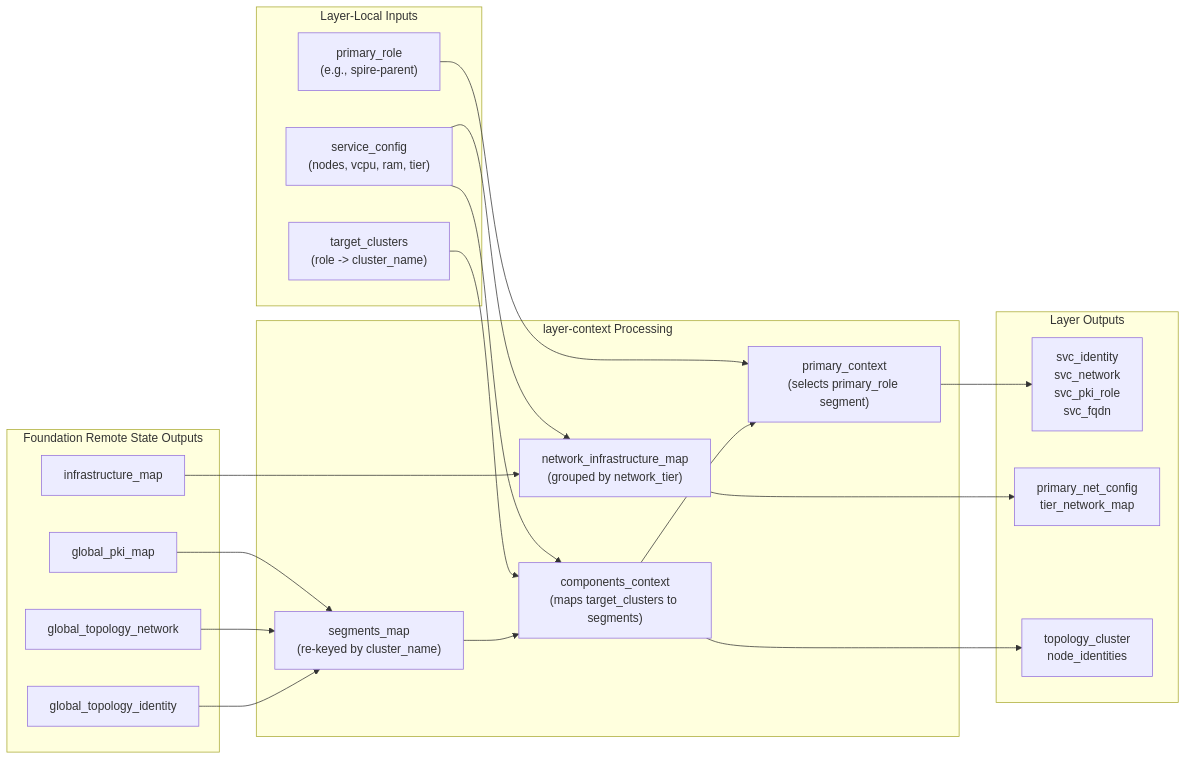
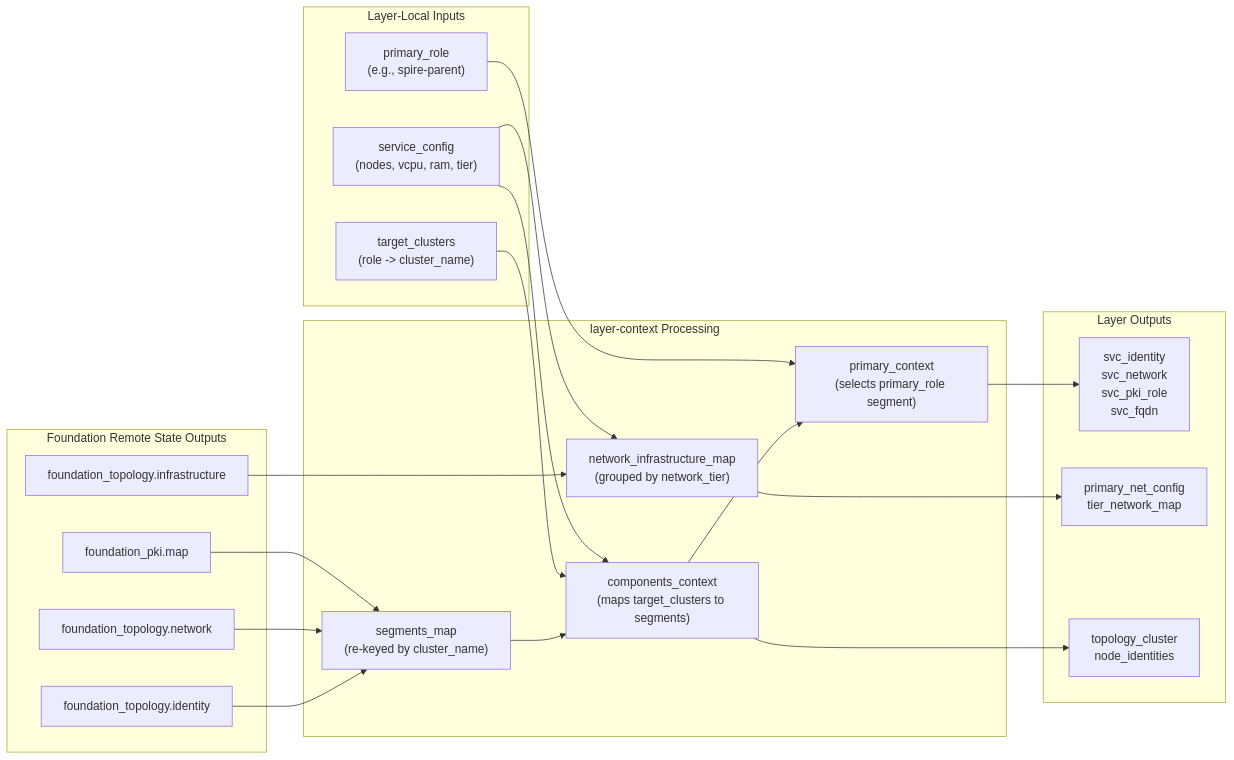
The second of 3 diagrams in documentation/architecture/kvm-provisioning-pipeline.md (csning1998/meta-platform), drawn with Mermaid before and after one commit. The commit also changed other lines of this file and 34 other files, not shown here.

````diff
--- a/documentation/architecture/kvm-provisioning-pipeline.md
+++ b/documentation/architecture/kvm-provisioning-pipeline.md
@@ -206,41 +205,41 @@
 ```mermaid
 flowchart LR
     subgraph FOUNDATION_INPUTS ["Foundation Remote State Outputs"]
-        G_ID["global_topology_identity"]
-        G_NET["global_topology_network"]
-        G_PKI["global_pki_map"]
-        INF_MAP["infrastructure_map"]
+        G_ID["foundation_topology.identity"]
+        G_NET["foundation_topology.network"]
+        G_PKI["foundation_pki.map"]
+        INF_MAP["foundation_topology.infrastructure"]
     end
 
     subgraph LAYER_VARS ["Layer-Local Inputs"]
         TC["target_clusters\n(role -> cluster_name)"]
         PR["primary_role\n(e.g., spire-parent)"]
         SC["service_config\n(nodes, vcpu, ram, tier)"]
     end
 
     subgraph LC_TRANSFORM ["layer-context Processing"]
         SEGM["segments_map\n(re-keyed by cluster_name)"]
         COMP_CTX["components_context\n(maps target_clusters to segments)"]
         PRIM_CTX["primary_context\n(selects primary_role segment)"]
         NET_TIER["network_infrastructure_map\n(grouped by network_tier)"]
     end
 
     subgraph LC_EXPORTS ["Layer Outputs"]
         SVC_OUT["svc_identity\nsvc_network\nsvc_pki_role\nsvc_fqdn"]
         NET_OUT["primary_net_config\ntier_network_map"]
         TOP_OUT["topology_cluster\nnode_identities"]
     end
 
     G_ID & G_NET & G_PKI --> SEGM
     SEGM --> COMP_CTX
     TC & SC --> COMP_CTX
     COMP_CTX --> PRIM_CTX
     PR --> PRIM_CTX
 
     INF_MAP --> NET_TIER
     SC --> NET_TIER
 
     PRIM_CTX --> SVC_OUT
     NET_TIER --> NET_OUT
     COMP_CTX --> TOP_OUT
 ```
````
